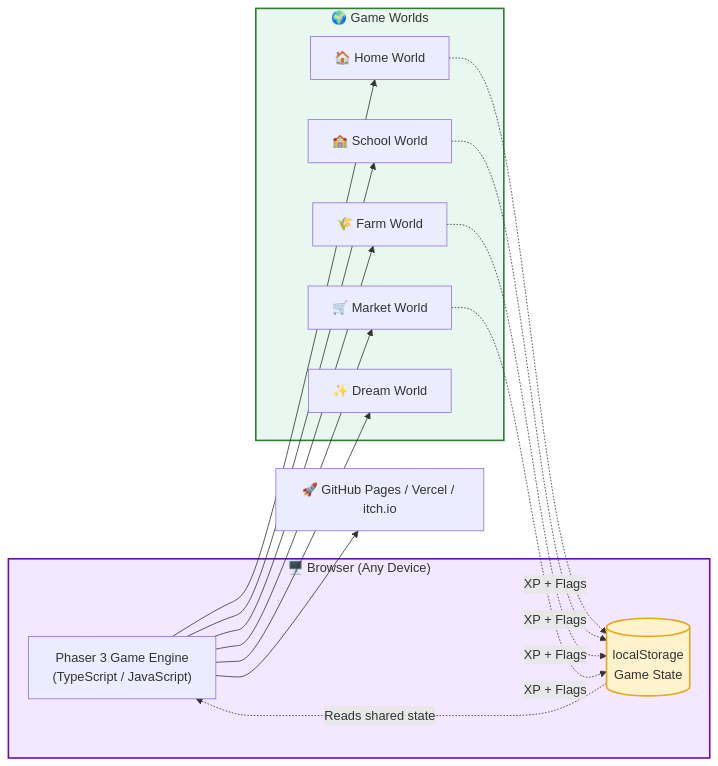
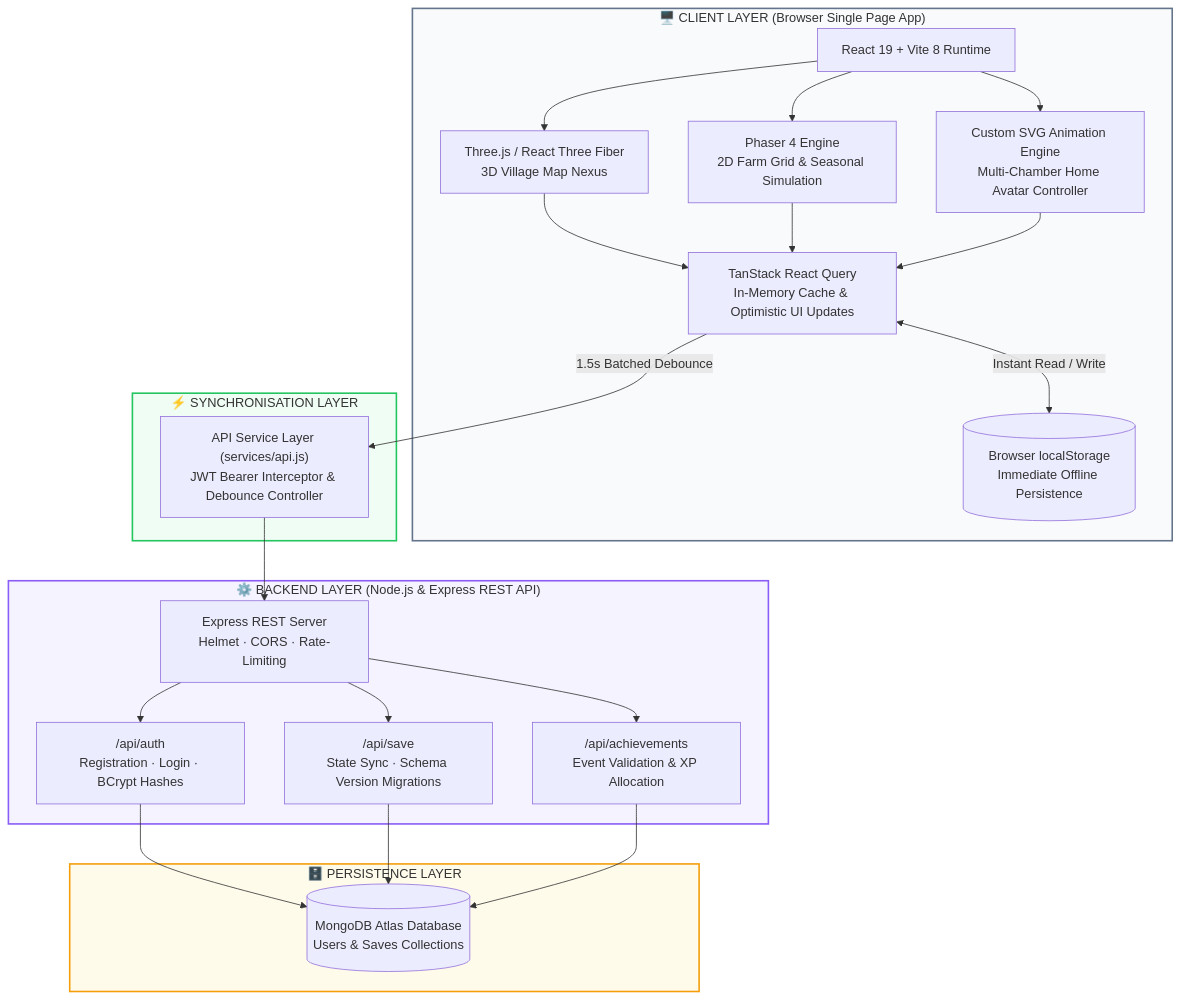
Before and after one commit to Samridh-Sethi29/IEEE_GamifiedLearning: the fourth of 4 diagrams in README.md, drawn with Mermaid. The commit also changed other lines of this file, not shown here.

````diff
--- a/README.md
+++ b/README.md
@@ -167,28 +295,39 @@
 ```mermaid
-flowchart LR
-    subgraph Client["🖥️ Browser (Any Device)"]
-        UI["Phaser 3 Game Engine<br/>(TypeScript / JavaScript)"]
-        LS[("localStorage<br/>Game State")]
+flowchart TB
+    subgraph Client["🖥️ CLIENT LAYER (Browser Single Page App)"]
+        UI["React 19 + Vite 8 Runtime"]
+        R3F["Three.js / React Three Fiber\n3D Village Map Nexus"]
+        PhaserEng["Phaser 4 Engine\n2D Farm Grid & Seasonal Simulation"]
+        SVGAvatar["Custom SVG Animation Engine\nMulti-Chamber Home Avatar Controller"]
+        RQ["TanStack React Query\nIn-Memory Cache & Optimistic UI Updates"]
+        LocalStore[("Browser localStorage\nImmediate Offline Persistence")]
     end
 
-    subgraph Worlds["🌍 Game Worlds"]
-        Home["🏠 Home World"]
-        School["🏫 School World"]
-        Farm["🌾 Farm World"]
-        Market["🛒 Market World"]
-        Dream["✨ Dream World"]
+    subgraph Transport["⚡ SYNCHRONISATION LAYER"]
+        APIClient["API Service Layer (services/api.js)\nJWT Bearer Interceptor & Debounce Controller"]
     end
 
-    UI --> Home & School & Farm & Market & Dream
-    Home -. XP + Flags .-> LS
-    School -. XP + Flags .-> LS
-    Farm -. XP + Flags .-> LS
-    Market -. XP + Flags .-> LS
-    LS -. Reads shared state .-> UI
+    subgraph Backend["⚙️ BACKEND LAYER (Node.js & Express REST API)"]
+        ServerCore["Express REST Server\nHelmet · CORS · Rate-Limiting"]
+        AuthRoute["/api/auth\nRegistration · Login · BCrypt Hashes"]
+        SaveRoute["/api/save\nState Sync · Schema Version Migrations"]
+        AchRoute["/api/achievements\nEvent Validation & XP Allocation"]
+    end
 
-    UI --> Deploy["🚀 GitHub Pages / Vercel / itch.io"]
+    subgraph Storage["🗄️ PERSISTENCE LAYER"]
+        MDB[("MongoDB Atlas Database\nUsers & Saves Collections")]
+    end
 
-    style Client fill:#f3e8ff,stroke:#6a0dad,stroke-width:2px
-    style Worlds fill:#e8f8f0,stroke:#2e7d32,stroke-width:2px
-    style LS fill:#fff3cd,stroke:#e6a817,stroke-width:2px
+    UI --> R3F & PhaserEng & SVGAvatar
+    R3F & PhaserEng & SVGAvatar --> RQ
+    RQ <-->|"Instant Read / Write"| LocalStore
+    RQ -->|"1.5s Batched Debounce"| APIClient
+    APIClient --> ServerCore
+    ServerCore --> AuthRoute & SaveRoute & AchRoute
+    AuthRoute & SaveRoute & AchRoute --> MDB
+
+    style Client fill:#f8fafc,stroke:#64748b,stroke-width:2px
+    style Transport fill:#f0fdf4,stroke:#22c55e,stroke-width:2px
+    style Backend fill:#f5f3ff,stroke:#8b5cf6,stroke-width:2px
+    style Storage fill:#fffbeb,stroke:#f59e0b,stroke-width:2px
 ```
````
